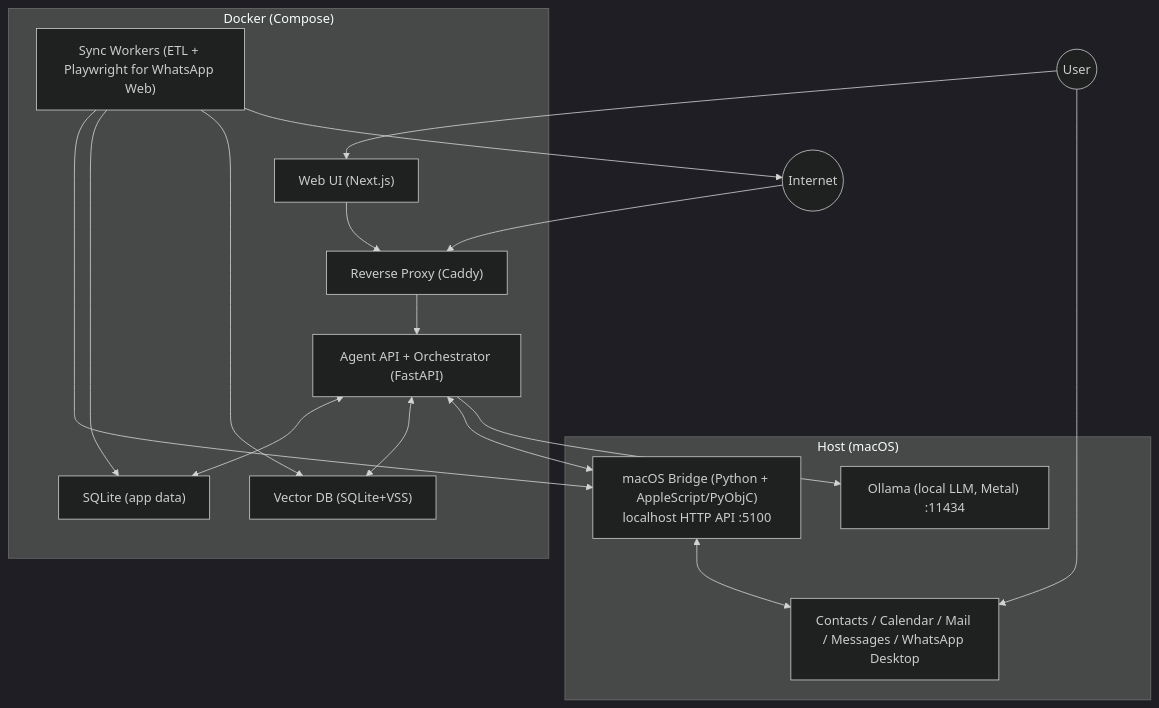
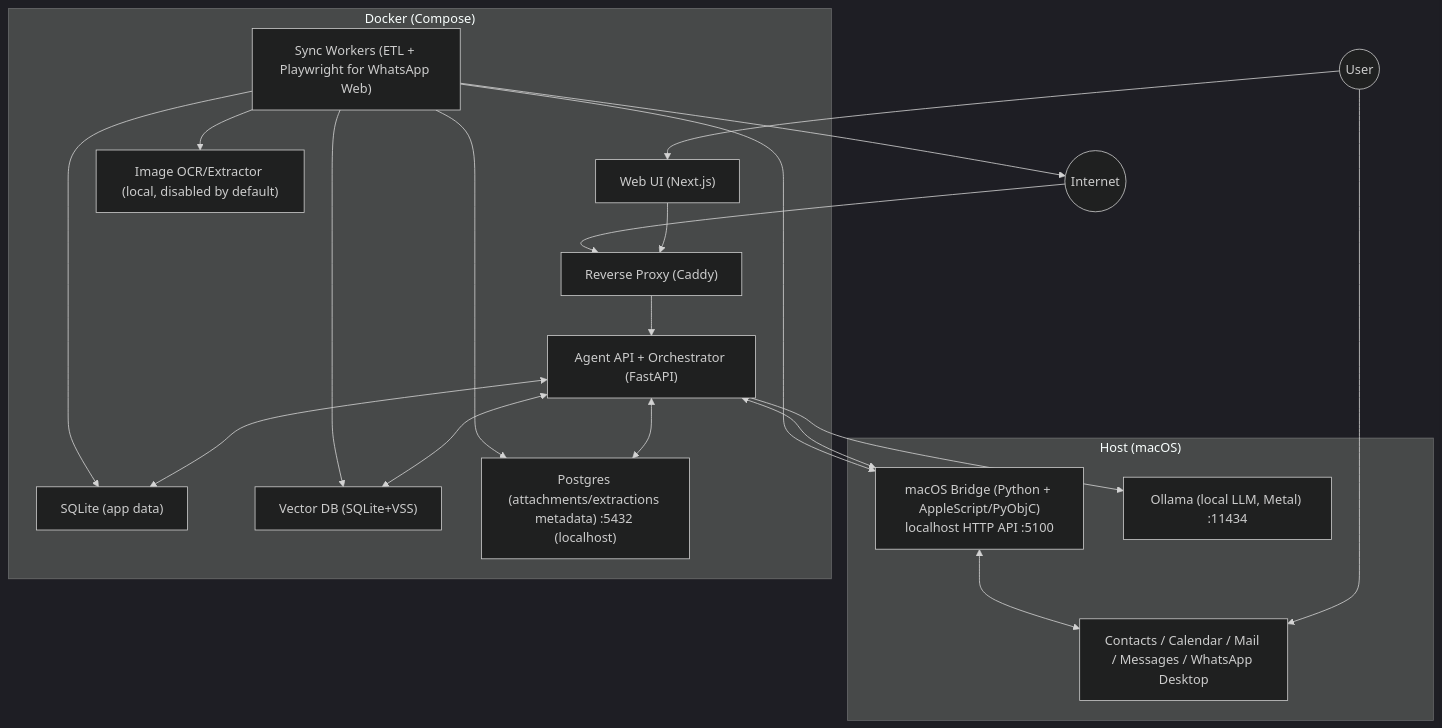
Before and after one commit to joshuawlim/Kenny-v2: the diagram in docs/architecture/diagrams/container.mmd, drawn with Mermaid (dark theme). The commit also changed 6 other files, not shown here.

```diff
--- a/docs/architecture/diagrams/container.mmd
+++ b/docs/architecture/diagrams/container.mmd
@@ -1,36 +1,41 @@
 graph TD
   %% Kenny v2 - Container Diagram (Mermaid)
   user(("User"))
   internet(("Internet"))
 
   subgraph "Host (macOS)"
     macApps["Contacts / Calendar / Mail / Messages / WhatsApp Desktop"]
     macBridge["macOS Bridge (Python + AppleScript/PyObjC)\nlocalhost HTTP API :5100"]
     ollama["Ollama (local LLM, Metal) :11434"]
   end
 
   subgraph "Docker (Compose)"
     proxy["Reverse Proxy (Caddy)"]
     api["Agent API + Orchestrator (FastAPI)"]
     workers["Sync Workers (ETL + Playwright for WhatsApp Web)"]
     sqldb["SQLite (app data)"]
     vdb["Vector DB (SQLite+VSS)"]
     ui["Web UI (Next.js)"]
+    pg["Postgres (attachments/extractions metadata) :5432 (localhost)"]
+    extractor["Image OCR/Extractor (local, disabled by default)"]
   end
 
   user --> ui
   user --> macApps
 
   ui --> proxy --> api
   internet --> proxy
 
   api <--> sqldb
   api <--> vdb
+  api <--> pg
   api <--> macBridge
   workers --> macBridge
   workers --> sqldb
   workers --> vdb
+  workers --> pg
+  workers --> extractor
   workers --> internet
 
   macBridge <--> macApps
   api --> ollama
```
